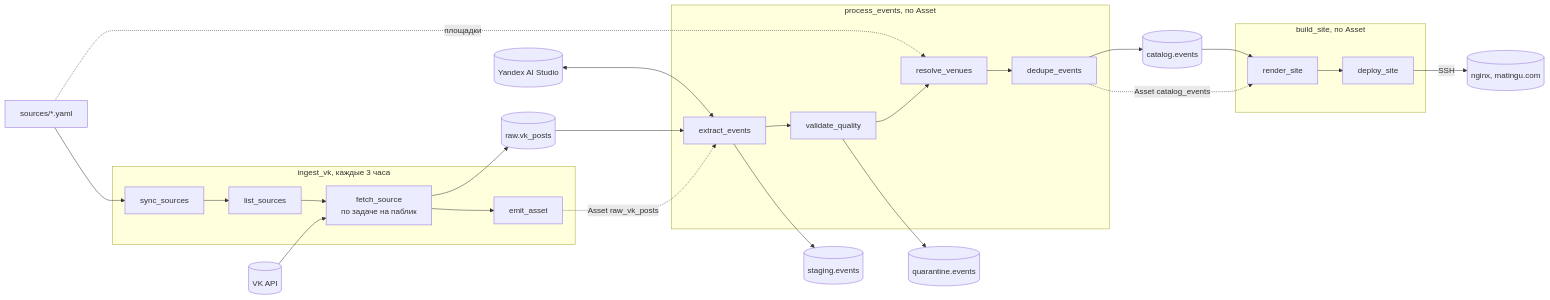
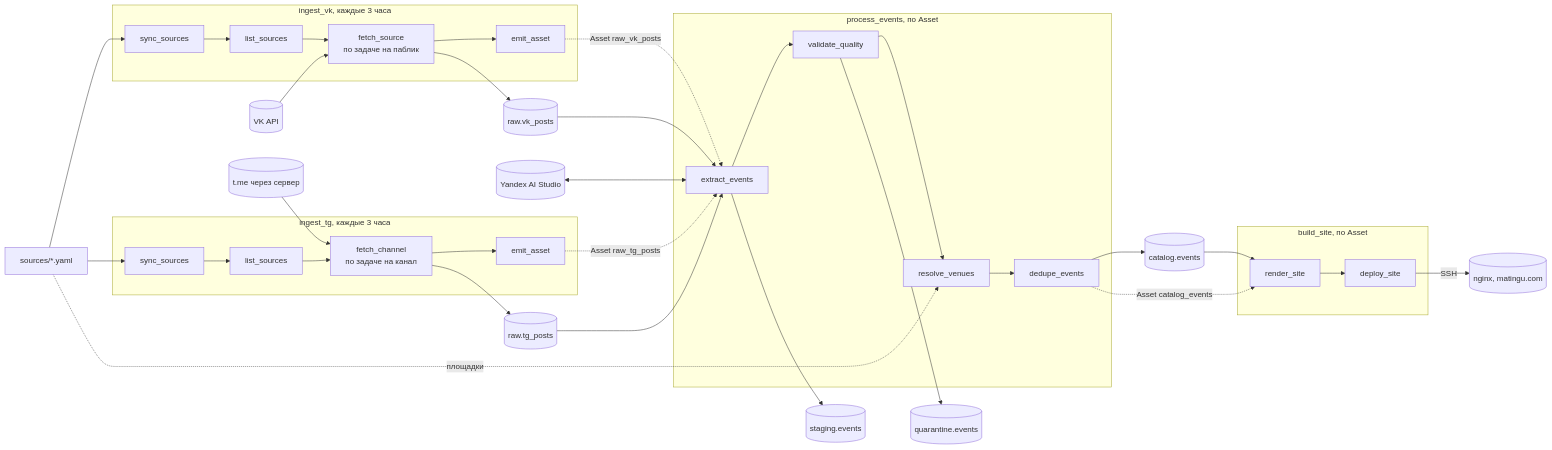
The diagram in README.md (hmdlf/funfinder), drawn with Mermaid before and after one commit. The commit also changed other lines of this file and 24 other files, not shown here.

````diff
--- a/README.md
+++ b/README.md
@@ -11,25 +11,33 @@
 ```mermaid
 flowchart LR
     Y[sources/*.yaml] --> S
     VK[(VK API)] --> F
     subgraph ingest_vk ["ingest_vk, каждые 3 часа"]
         S[sync_sources] --> L[list_sources] --> F["fetch_source<br/>по задаче на паблик"] --> E[emit_asset]
     end
     F --> R[(raw.vk_posts)]
     E -.->|Asset raw_vk_posts| X
+    TG[(t.me через сервер)] --> TF
+    subgraph ingest_tg ["ingest_tg, каждые 3 часа"]
+        TS[sync_sources] --> TL[list_sources] --> TF["fetch_channel<br/>по задаче на канал"] --> TE[emit_asset]
+    end
+    Y --> TS
+    TF --> TR[(raw.tg_posts)]
+    TE -.->|Asset raw_tg_posts| X
+    TR --> X
     subgraph process_events ["process_events, по Asset"]
         X[extract_events] --> V[validate_quality] --> RV[resolve_venues] --> D[dedupe_events]
     end
     Y -.->|площадки| RV
     R --> X
     LLM[(Yandex AI Studio)] <--> X
     X --> ST[(staging.events)]
     V --> Q[(quarantine.events)]
     D --> C[(catalog.events)]
     D -.->|Asset catalog_events| RS
     subgraph build_site ["build_site, по Asset"]
         RS[render_site] --> DS[deploy_site]
     end
     C --> RS
     DS -->|SSH| W[(nginx, matingu.com)]
 ```
````
